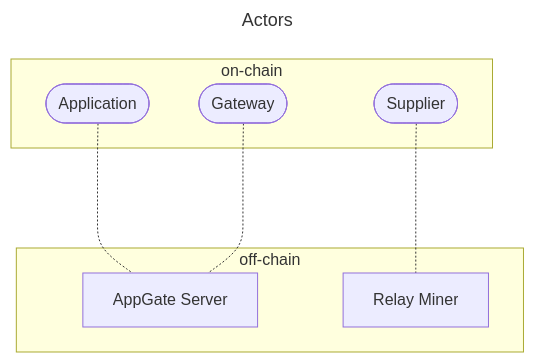
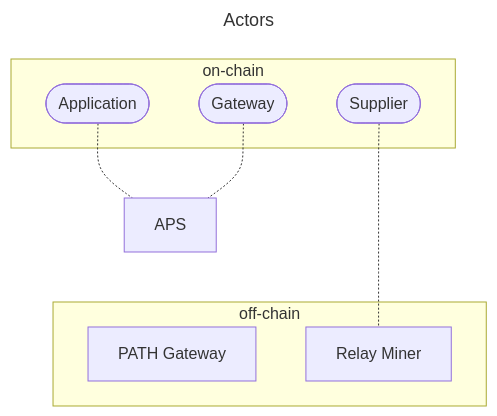
The first of 2 diagrams in docusaurus/docs/protocol/actors/actors.md (pokt-network/poktroll), drawn with Mermaid before and after one commit. The commit also changed other lines of this file and 17 other files, not shown here.

````diff
--- a/docusaurus/docs/protocol/actors/actors.md
+++ b/docusaurus/docs/protocol/actors/actors.md
@@ -28,21 +28,21 @@
 ```mermaid
 ---
 title: Actors
 ---
 flowchart TB
 
     subgraph on-chain
         A([Application])
         G([Gateway])
         S([Supplier])
     end
 
     subgraph off-chain
-        APS[AppGate Server]
+        PG[PATH Gateway]
         RM[Relay Miner]
     end
 
     A -.- APS
     G -.- APS
     S -..- RM
 ```
````
